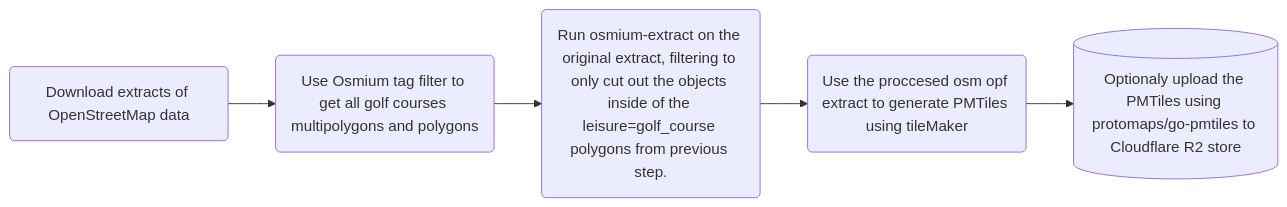
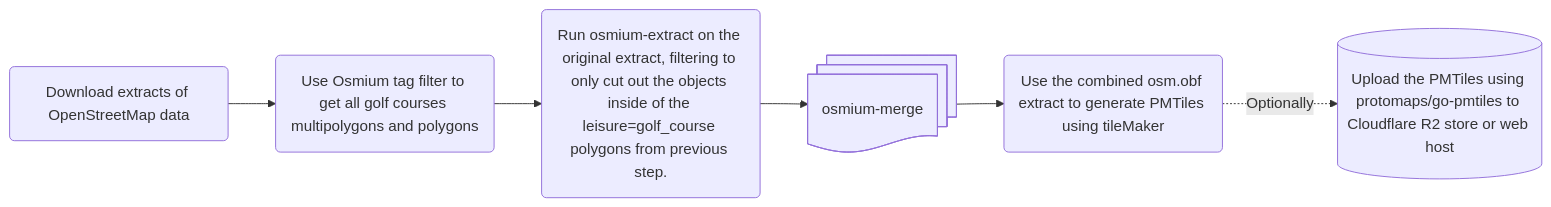
Before and after one commit to HuggeK/golfTiles: the diagram in README.md, drawn with Mermaid. The commit also changed other lines of this file and 2 other files, not shown here.

````diff
--- a/README.md
+++ b/README.md
@@ -31,9 +31,10 @@
 ```mermaid
 flowchart LR
-   download(Download extracts of OpenStreetMap data) --> tagfilter(Use Osmium tag filter to get all golf courses multipolygons and polygons) --> osmiumGeographicExtract(Run osmium-extract on the original extract, filtering to only cut out the objects inside of the leisure=golf_course polygons from previous step.) --> tilemaker(Use the proccesed osm opf extract to generate PMTiles using tileMaker) --> upload[(Optionaly upload the PMTiles using protomaps/go-pmtiles to Cloudflare R2 store)]
+   download(Download extracts of OpenStreetMap data) --> tagfilter(Use Osmium tag filter to get all golf courses multipolygons and polygons) --> osmiumGeographicExtract(Run osmium-extract on the original extract, filtering to only cut out the objects inside of the leisure=golf_course polygons from previous step.) --> osmium-merge@{shape: docs, label:"Use osmium-merge to combine the extracts"} --> tilemaker(Use the combined osm.obf extract to generate PMTiles using tileMaker) -. Optionally .-> upload[(Upload the PMTiles using protomaps/go-pmtiles to Cloudflare R2 store or web host)]
 click download "https://switch2osm.org/serving-tiles/#System-requirements"
 click tagfilter "https://docs.osmcode.org/osmium/latest/osmium-tags-filter.html"
 click osmiumGeographicExtract "https://docs.osmcode.org/osmium/latest/osmium-extract.html"
+click osmium-merge "https://docs.osmcode.org/osmium/latest/osmium-merge.html"
 click tilemaker "https://github.com/systemed/tilemaker"
 click upload "https://docs.protomaps.com/pmtiles/cloud-storage"
 ```
````
